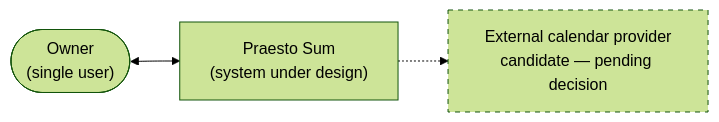
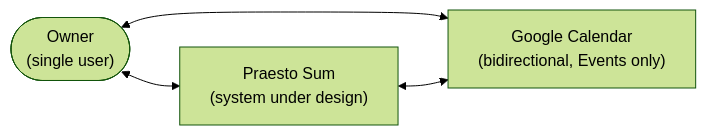
Before and after one commit to fabiombarreto/praesto-sum: the first of 2 diagrams in documentation/30-architecture/architecture-overview.md, drawn with Mermaid (forest theme). The commit also changed other lines of this file and 10 other files, not shown here.

````diff
--- a/documentation/30-architecture/architecture-overview.md
+++ b/documentation/30-architecture/architecture-overview.md
@@ -33,11 +33,10 @@
 ```mermaid
 flowchart LR
     owner(["Owner<br/>(single user)"])
     pa["Praesto Sum<br/>(system under design)"]
-    cal["External calendar provider<br/>candidate — pending decision"]
+    cal["Google Calendar<br/>(bidirectional, Events only)"]
 
     owner <--> pa
-    pa -.-> cal
-
-    style cal stroke-dasharray: 5 5
+    owner <--> cal
+    pa <--> cal
 ```
````
